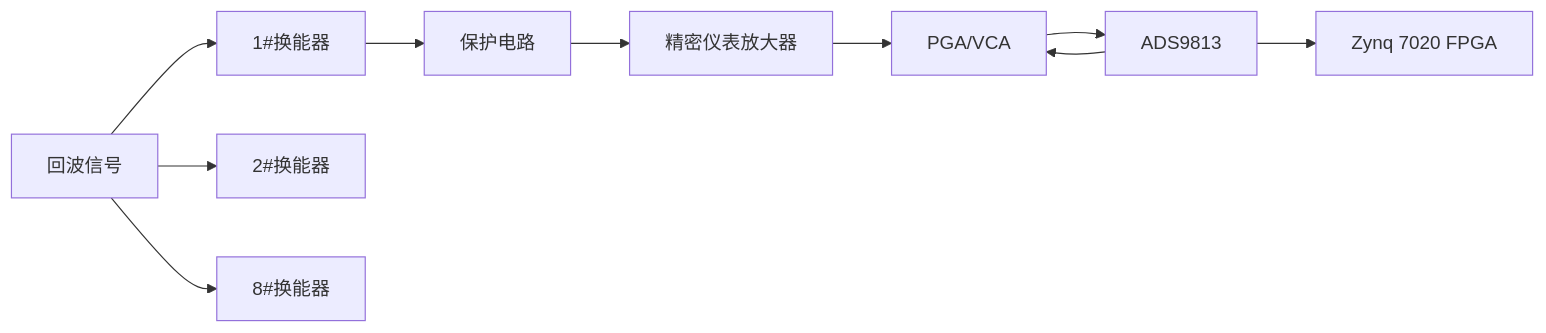
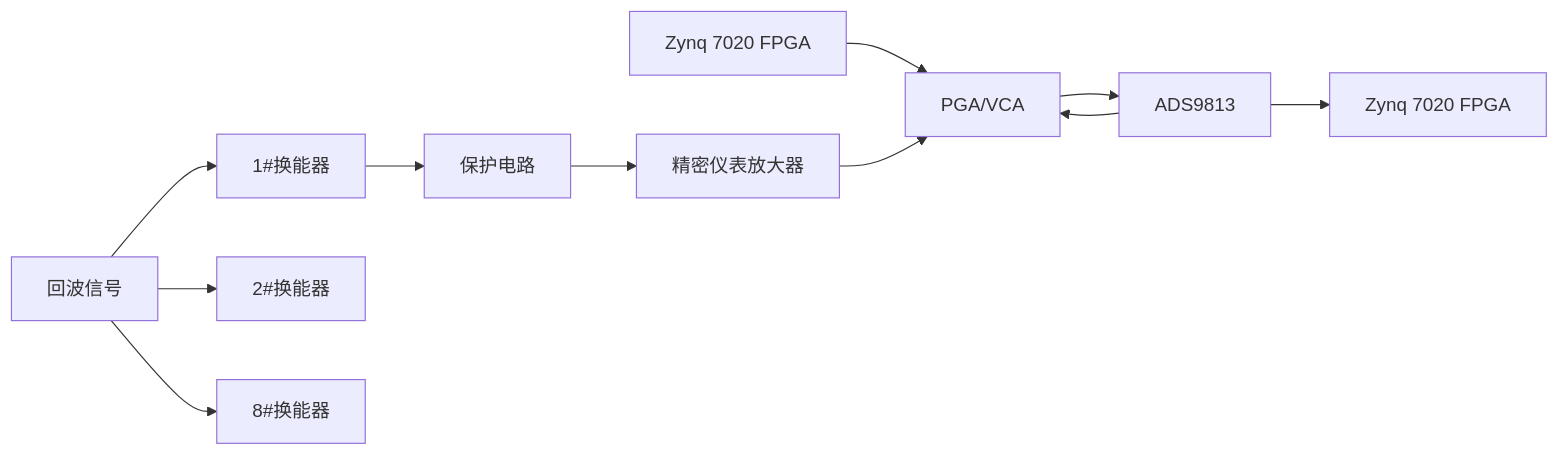
Before and after one commit to Rukawa15/iodraw-files: the diagram in all/多通道同步采集-1.md, drawn with Mermaid.

Commit message:
2025-06-19 14:05:50 update

````diff
--- a/all/多通道同步采集-1.md
+++ b/all/多通道同步采集-1.md
@@ -1,16 +1,17 @@
 ```mermaid
 graph LR
 A[回波信号]
 A --> B1[1#换能器]
 A --> B2[2#换能器]
 A --> B8[8#换能器]
 B1 --> C[保护电路]
 
-C --> D[精密仪表放大器] 
+C --> D[精密仪表放大器]
+H[Zynq 7020 FPGA] --> E 
 D --> E[PGA/VCA] 
 E --> F[ADS9813] 
 F --> G[Zynq 7020 FPGA]
 
 F --> E
 
 ```
````
